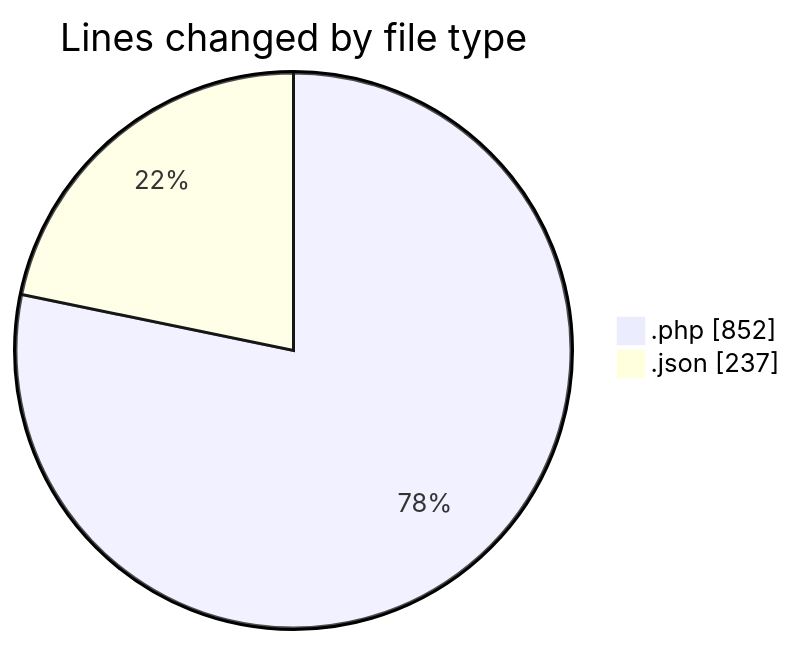
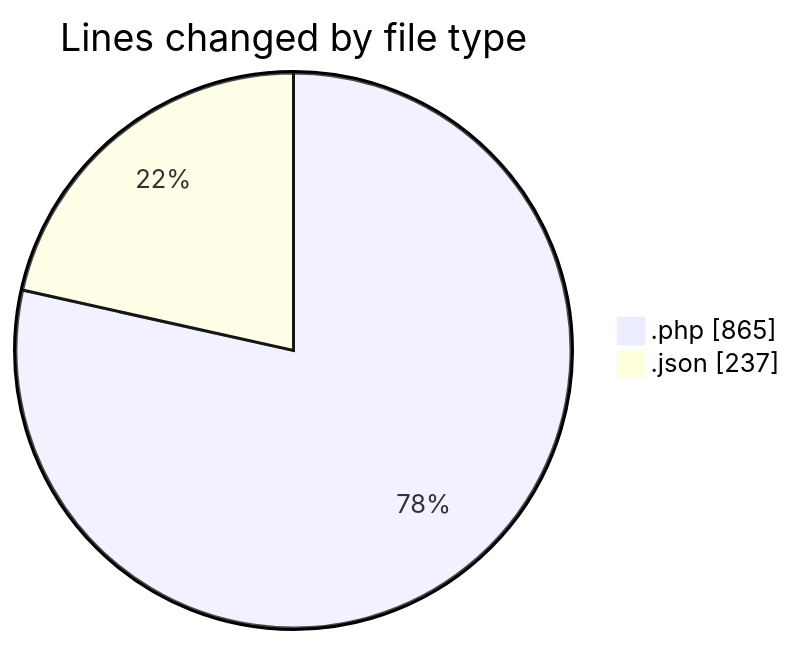
The first of 2 diagrams in 2025-05-28/studio-backend/README.md (idhammustaqopulfikri/code-tracking), drawn with Mermaid before and after one commit. The commit also changed other lines of this file and 1 other file, not shown here.

````diff
--- a/2025-05-28/studio-backend/README.md
+++ b/2025-05-28/studio-backend/README.md
@@ -36,6 +36,6 @@
 ```mermaid
 pie showData
 title Lines changed by file type
-".php" : 852
+".php" : 865
 ".json" : 237
 ```
````
